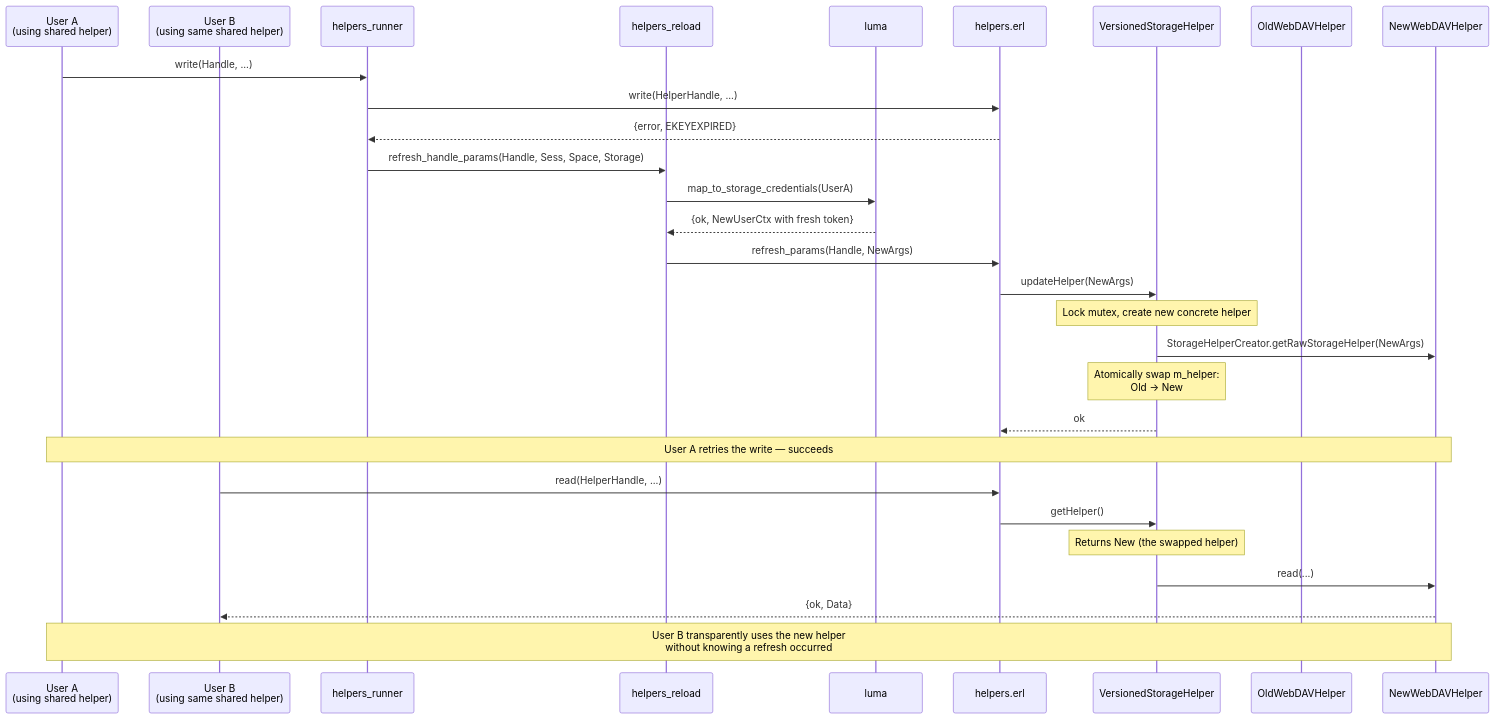
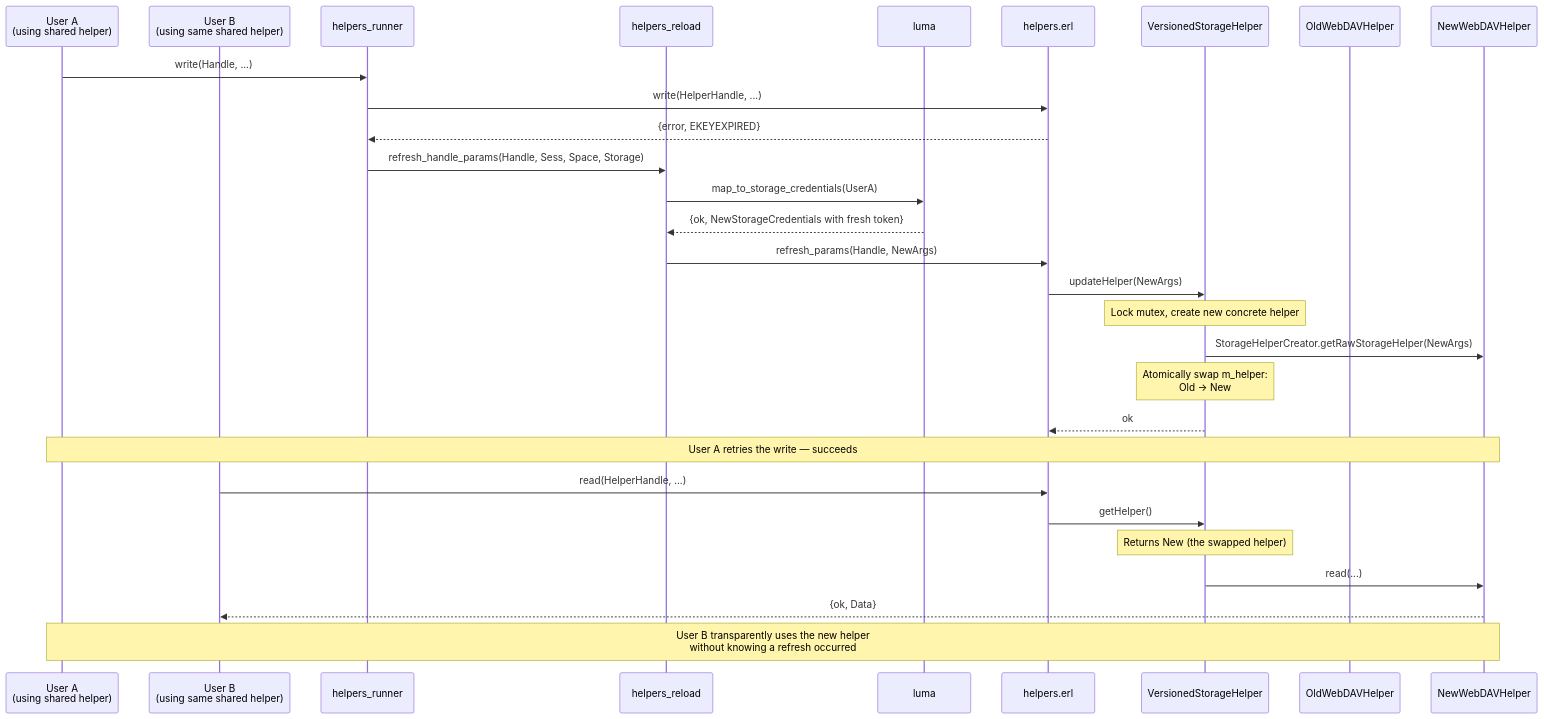
One commit to onedata/op-worker changed the fifth of 6 diagrams in doc/architecture/storage/helpers/cpp-helper-caching.md. Above: the diagram before and after it, drawn with Mermaid. The commit also changed other lines of this file and 82 other files, not shown here.

````diff
--- a/doc/architecture/storage/helpers/cpp-helper-caching.md
+++ b/doc/architecture/storage/helpers/cpp-helper-caching.md
@@ -296,37 +296,37 @@
 ```mermaid
 sequenceDiagram
     participant U1 as User A<br/>(using shared helper)
     participant U2 as User B<br/>(using same shared helper)
     participant HR as helpers_runner
     participant HL as helpers_reload
     participant LUMA as luma
     participant H as helpers.erl
     participant VSH as VersionedStorageHelper
     participant Old as OldWebDAVHelper
     participant New as NewWebDAVHelper
 
     U1->>HR: write(Handle, ...)
     HR->>H: write(HelperHandle, ...)
     H-->>HR: {error, EKEYEXPIRED}
 
     HR->>HL: refresh_handle_params(Handle, Sess, Space, Storage)
     HL->>LUMA: map_to_storage_credentials(UserA)
-    LUMA-->>HL: {ok, NewUserCtx with fresh token}
+    LUMA-->>HL: {ok, NewStorageCredentials with fresh token}
     HL->>H: refresh_params(Handle, NewArgs)
     H->>VSH: updateHelper(NewArgs)
 
     Note over VSH: Lock mutex, create new concrete helper
     VSH->>New: StorageHelperCreator.getRawStorageHelper(NewArgs)
     Note over VSH: Atomically swap m_helper:<br/>Old → New
     VSH-->>H: ok
 
     Note over U1,New: User A retries the write — succeeds
 
     U2->>H: read(HelperHandle, ...)
     H->>VSH: getHelper()
     Note over VSH: Returns New (the swapped helper)
     VSH->>New: read(...)
     New-->>U2: {ok, Data}
 
     Note over U1,New: User B transparently uses the new helper<br/>without knowing a refresh occurred
 ```
````
